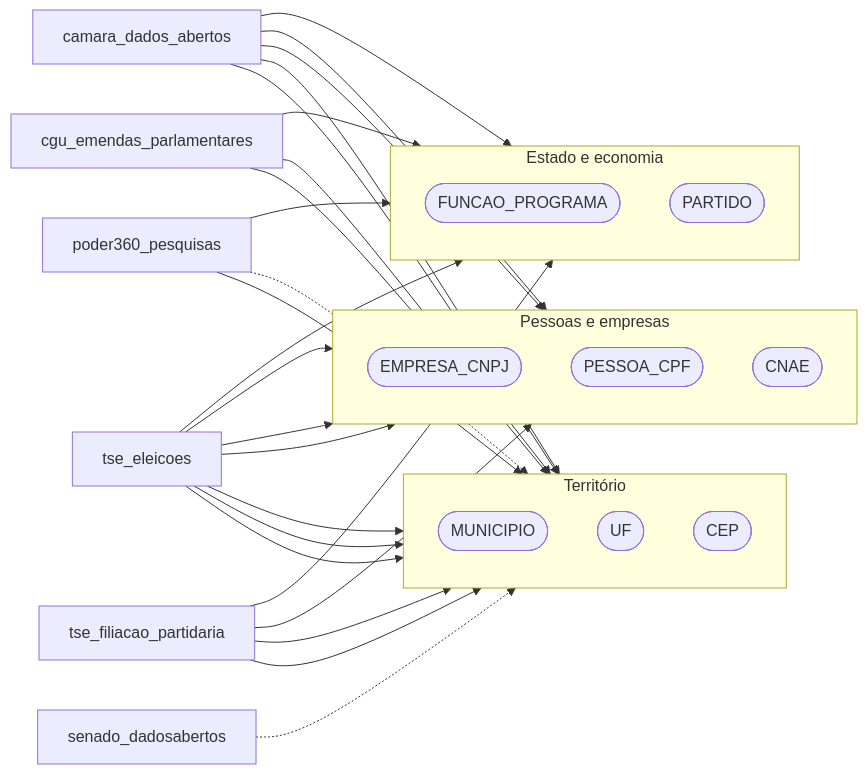
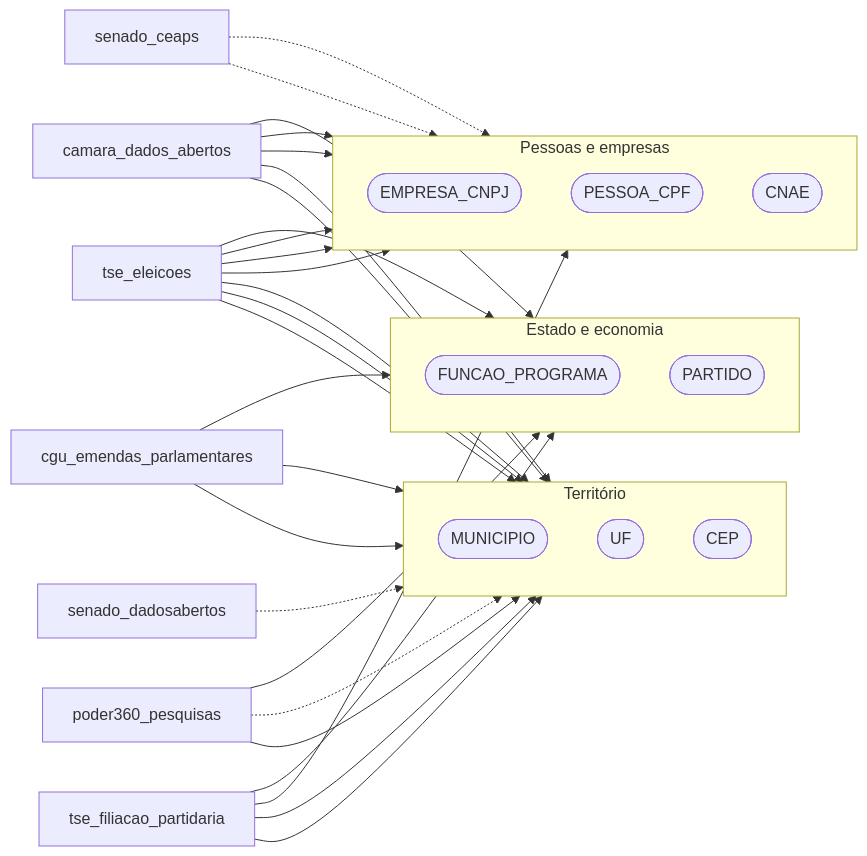
Before and after one commit to rafapolo/rodado: the seventh of 11 diagrams in docs/Flow.md, drawn with Mermaid. The commit also changed other lines of this file and 15 other files, not shown here.

````diff
--- a/docs/Flow.md
+++ b/docs/Flow.md
@@ -637,49 +637,52 @@
 ```mermaid
 flowchart LR
     politica_br_camara_dados_abertos["camara_dados_abertos"]
     politica_br_cgu_emendas_parlamentares["cgu_emendas_parlamentares"]
     politica_br_poder360_pesquisas["poder360_pesquisas"]
+    politica_br_senado_ceaps["senado_ceaps"]
     politica_br_senado_dadosabertos["senado_dadosabertos"]
     politica_br_tse_eleicoes["tse_eleicoes"]
     politica_br_tse_filiacao_partidaria["tse_filiacao_partidaria"]
     subgraph politica_g_territ_rio["Território"]
         direction TB
         politica_MUNICIPIO(["MUNICIPIO"])
         politica_UF(["UF"])
         politica_CEP(["CEP"])
     end
     subgraph politica_g_pessoas_e_empresas["Pessoas e empresas"]
         direction TB
         politica_EMPRESA_CNPJ(["EMPRESA_CNPJ"])
         politica_PESSOA_CPF(["PESSOA_CPF"])
         politica_CNAE(["CNAE"])
     end
     subgraph politica_g_estado_e_economia["Estado e economia"]
         direction TB
         politica_FUNCAO_PROGRAMA(["FUNCAO_PROGRAMA"])
         politica_PARTIDO(["PARTIDO"])
     end
     politica_br_camara_dados_abertos --> politica_EMPRESA_CNPJ
     politica_br_camara_dados_abertos --> politica_MUNICIPIO
     politica_br_camara_dados_abertos --> politica_PARTIDO
     politica_br_camara_dados_abertos --> politica_PESSOA_CPF
     politica_br_camara_dados_abertos --> politica_UF
     politica_br_cgu_emendas_parlamentares --> politica_FUNCAO_PROGRAMA
     politica_br_cgu_emendas_parlamentares --> politica_MUNICIPIO
     politica_br_cgu_emendas_parlamentares --> politica_UF
     politica_br_poder360_pesquisas -.-> politica_MUNICIPIO
     politica_br_poder360_pesquisas --> politica_PARTIDO
     politica_br_poder360_pesquisas --> politica_UF
+    politica_br_senado_ceaps -.-> politica_EMPRESA_CNPJ
+    politica_br_senado_ceaps -.-> politica_PESSOA_CPF
     politica_br_senado_dadosabertos -.-> politica_UF
     politica_br_tse_eleicoes --> politica_CEP
     politica_br_tse_eleicoes --> politica_CNAE
     politica_br_tse_eleicoes --> politica_EMPRESA_CNPJ
     politica_br_tse_eleicoes --> politica_MUNICIPIO
     politica_br_tse_eleicoes --> politica_PARTIDO
     politica_br_tse_eleicoes --> politica_PESSOA_CPF
     politica_br_tse_eleicoes --> politica_UF
     politica_br_tse_filiacao_partidaria --> politica_MUNICIPIO
     politica_br_tse_filiacao_partidaria --> politica_PARTIDO
     politica_br_tse_filiacao_partidaria --> politica_PESSOA_CPF
     politica_br_tse_filiacao_partidaria --> politica_UF
 ```
````
